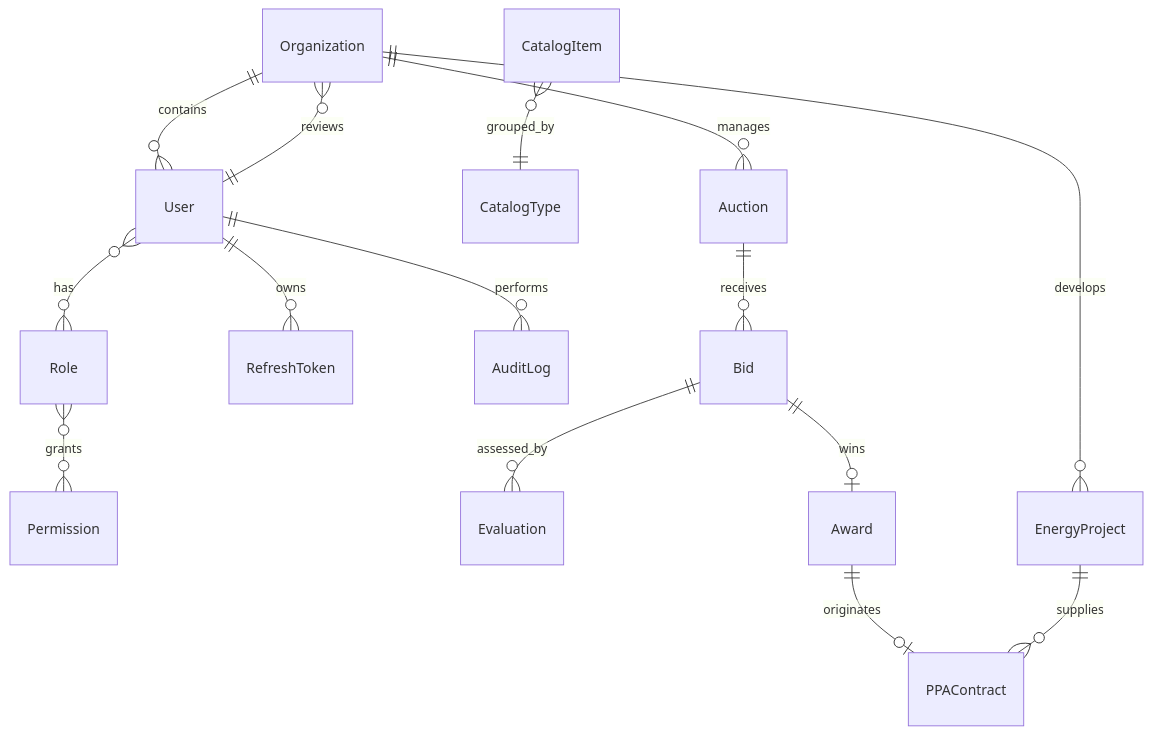
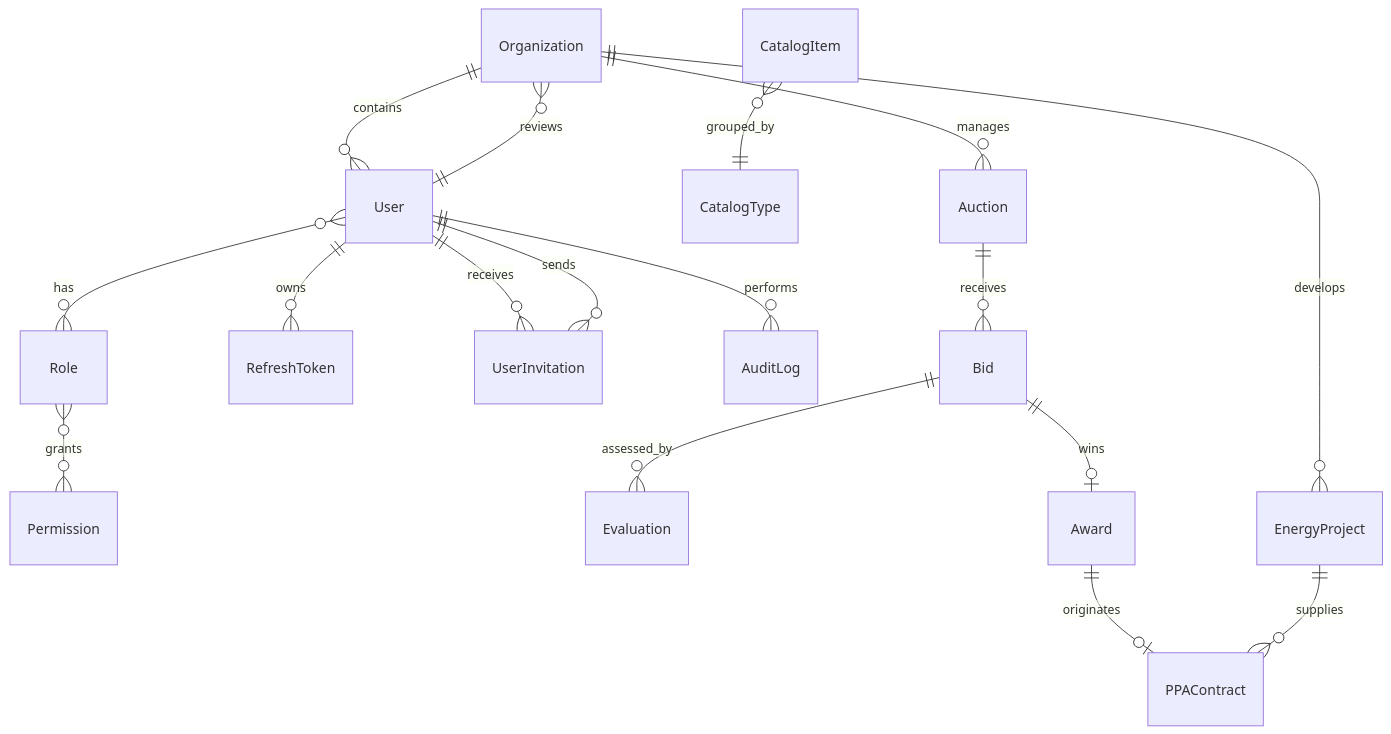
One commit to Jairo0811/Ecosoft changed the diagram in docs/database.md. Above: the diagram before and after it, drawn with Mermaid. The commit also changed other lines of this file and 27 other files, not shown here.

````diff
--- a/docs/database.md
+++ b/docs/database.md
@@ -8,17 +8,19 @@
 ```mermaid
 erDiagram
     Organization ||--o{ User : contains
     User }o--o{ Role : has
     Role }o--o{ Permission : grants
     User ||--o{ RefreshToken : owns
+    User ||--o{ UserInvitation : receives
+    User ||--o{ UserInvitation : sends
     User ||--o{ AuditLog : performs
     User ||--o{ Organization : reviews
     CatalogItem }o--|| CatalogType : grouped_by
     Organization ||--o{ Auction : manages
     Auction ||--o{ Bid : receives
     Bid ||--o{ Evaluation : assessed_by
     Bid ||--o| Award : wins
     Award ||--o| PPAContract : originates
     Organization ||--o{ EnergyProject : develops
     EnergyProject ||--o{ PPAContract : supplies
 ```
````
